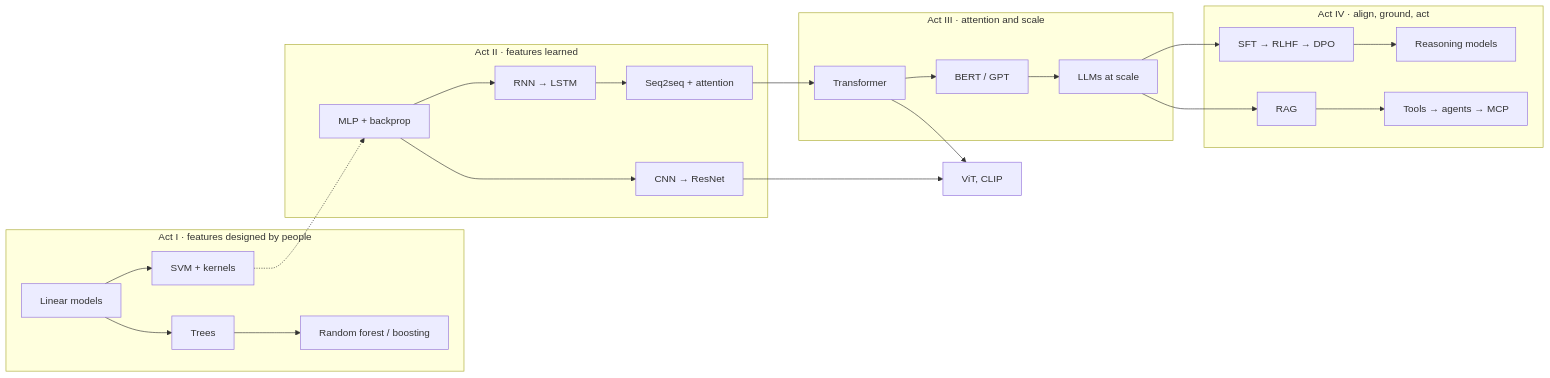
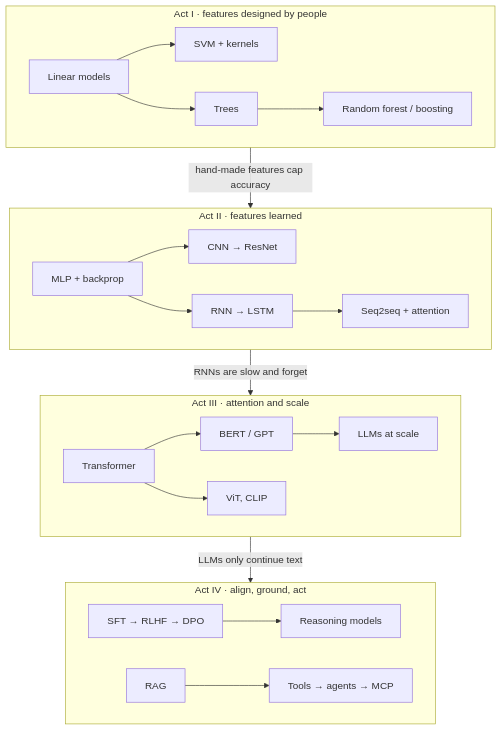
One commit to rajan-021/AI-ML changed the first of 2 diagrams in docs/start/big-picture.md. Above: the diagram before and after it, drawn with Mermaid. The commit also changed other lines of this file and 20 other files, not shown here.

First line of the commit message:
Make diagrams readable at the content width

````diff
--- a/docs/start/big-picture.md
+++ b/docs/start/big-picture.md
@@ -29,24 +29,26 @@
 ```mermaid
-flowchart LR
+flowchart TB
     subgraph I["Act I · features designed by people"]
+        direction LR
         A["Linear models"] --> B["SVM + kernels"]
         A --> C["Trees"] --> D["Random forest / boosting"]
     end
     subgraph II["Act II · features learned"]
+        direction LR
         E["MLP + backprop"] --> F["CNN → ResNet"]
         E --> G["RNN → LSTM"] --> H["Seq2seq + attention"]
     end
     subgraph III["Act III · attention and scale"]
+        direction LR
         J["Transformer"] --> K["BERT / GPT"] --> L["LLMs at scale"]
+        J --> Q["ViT, CLIP"]
     end
     subgraph IV["Act IV · align, ground, act"]
+        direction LR
         M["SFT → RLHF → DPO"] --> N["Reasoning models"]
         O["RAG"] --> P["Tools → agents → MCP"]
     end
-    B -.-> E
-    H --> J
-    F --> Q["ViT, CLIP"]
-    J --> Q
-    L --> M
-    L --> O
+    I -->|"hand-made features cap accuracy"| II
+    II -->|"RNNs are slow and forget"| III
+    III -->|"LLMs only continue text"| IV
 ```
````
